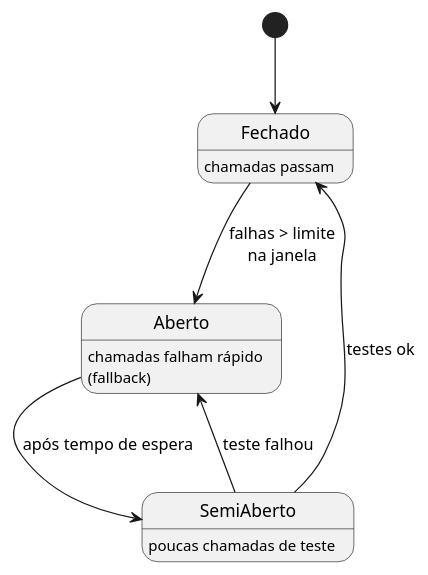
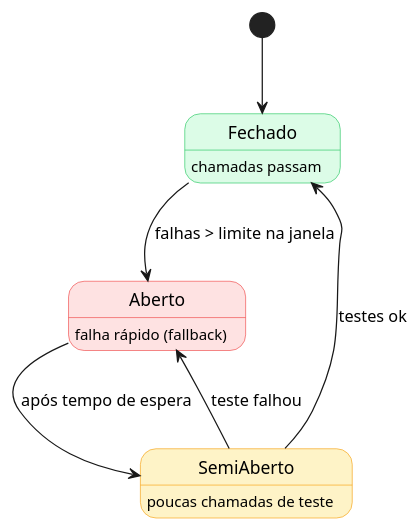
One commit to edtroleis/techdocs-wikis changed the second of 3 diagrams in arquitetura/docs/operacao/confiabilidade.md. Above: the diagram before and after it, drawn with PlantUML. The commit also changed other lines of this file and 10 other files, not shown here.

````diff
--- a/arquitetura/docs/operacao/confiabilidade.md
+++ b/arquitetura/docs/operacao/confiabilidade.md
@@ -20,13 +49,22 @@
 ```plantuml
 @startuml
+skinparam shadowing false
 hide empty description
+skinparam state {
+  BackgroundColor<<ok>> #DCFCE7
+  BorderColor<<ok>> #22C55E
+  BackgroundColor<<falha>> #FEE2E2
+  BorderColor<<falha>> #EF4444
+  BackgroundColor<<teste>> #FEF3C7
+  BorderColor<<teste>> #F59E0B
+}
+state Fechado <<ok>> : chamadas passam
+state Aberto <<falha>> : falha rápido (fallback)
+state SemiAberto <<teste>> : poucas chamadas de teste
 [*] --> Fechado
-Fechado : chamadas passam
-Fechado --> Aberto : falhas > limite\nna janela
-Aberto : chamadas falham rápido\n(fallback)
+Fechado --> Aberto : falhas > limite na janela
 Aberto --> SemiAberto : após tempo de espera
-SemiAberto : poucas chamadas de teste
 SemiAberto --> Fechado : testes ok
 SemiAberto --> Aberto : teste falhou
 @enduml
 ```
````
